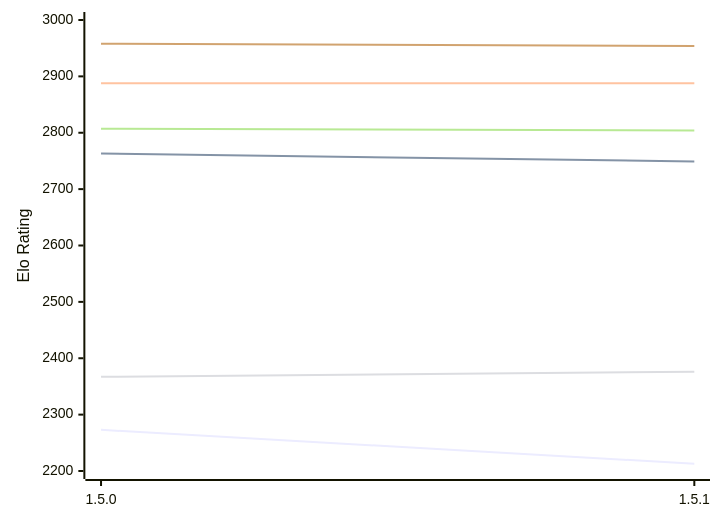
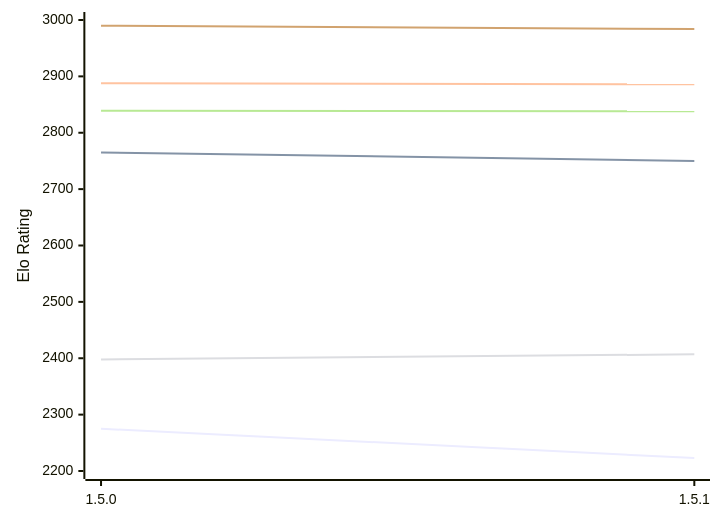
The first of 2 diagrams in engines/Coco.md (computer-chess-index/cci), drawn with Mermaid before and after one commit. The commit also changed other lines of this file, not shown here.

Commit message:
Update CCI Ratings (ELO VLTC) - 2026-11-05

````diff
--- a/engines/Coco.md
+++ b/engines/Coco.md
@@ -50,12 +50,12 @@
 ```mermaid
 %%{init: {"theme":"base","themeVariables":{"seriesColors:['#a3a3a3','#222221','#faa371']}}}%%
 xychart-beta
   x-axis ["1.5.0", "1.5.1"]
   y-axis "Elo Rating" 2200 --> 3000
-  line "E1: STC (8.0+0.08s)" [2273, 2213]
-  line "E1: LTC (60.0+0.60s)" [2763, 2749]
-  line "E1: VLTC (2m24s+1.12s)" [2888, 2888]
-  line "P1: STC (8.0+0.08s)" [2367, 2376]
-  line "P1: LTC (60.0+0.60s)" [2807, 2804]
-  line "P1: VLTC (2m24s+1.12s)" [2958, 2954]
+  line "E1: STC (8.0+0.08s)" [2275, 2223]
+  line "E1: LTC (60.0+0.60s)" [2765, 2750]
+  line "E1: VLTC (2m24s+1.12s)" [2888, 2886]
+  line "P1: STC (8.0+0.08s)" [2398, 2407]
+  line "P1: LTC (60.0+0.60s)" [2839, 2838]
+  line "P1: VLTC (2m24s+1.12s)" [2990, 2984]
 ```
````
